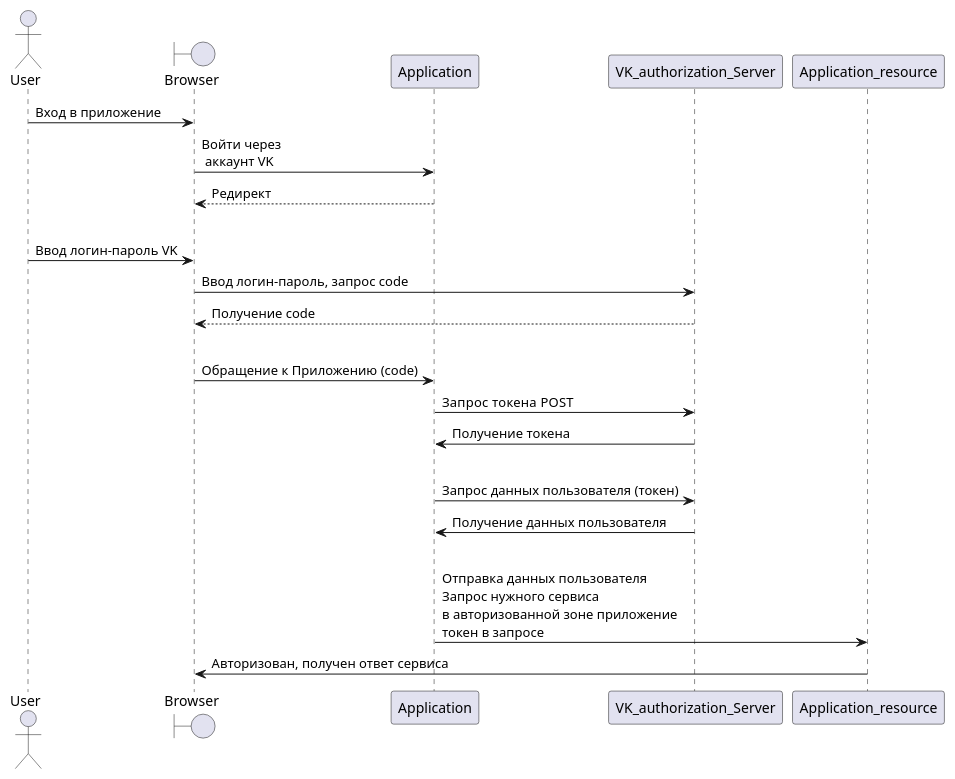
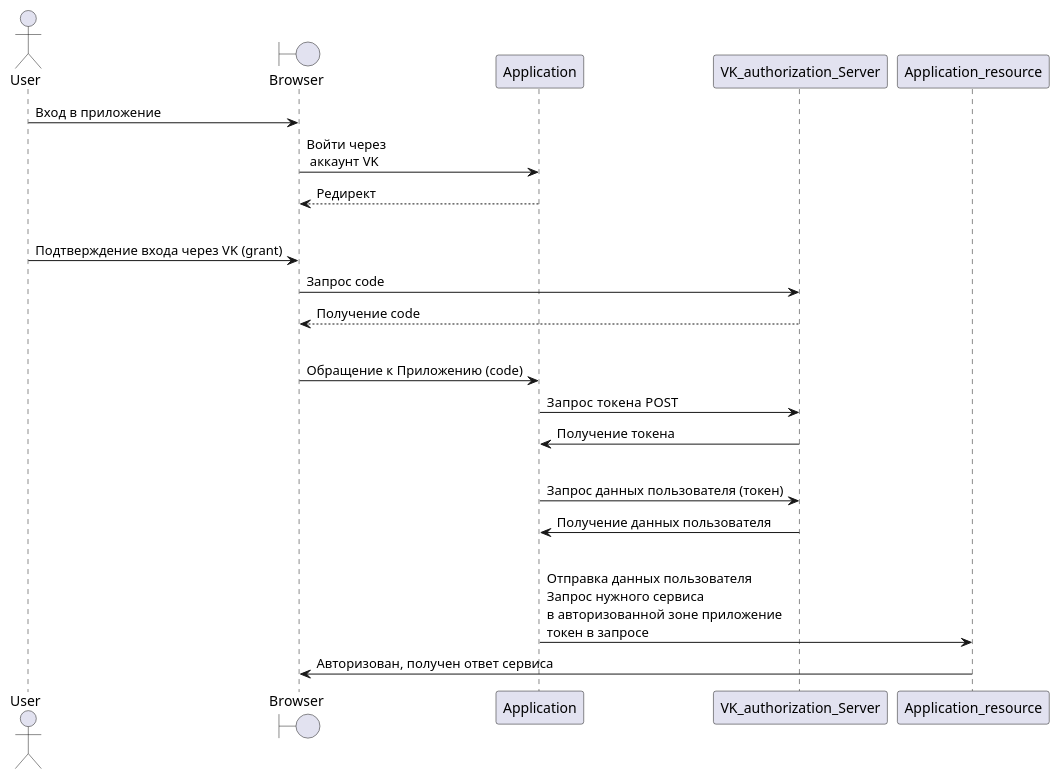
The diagram in Sequence_authBySocialNetAcc.plantuml (ivankukarin/UML), drawn with PlantUML before and after one commit. The commit also changed 1 other file, not shown here.

Commit message:
Change Sequence_authBySocialNetAcc

```diff
--- a/Sequence_authBySocialNetAcc.plantuml
+++ b/Sequence_authBySocialNetAcc.plantuml
@@ -1,34 +1,34 @@
 @startuml    
 actor User as S1
 boundary Browser as S2
 participant Application as S3
 participant VK_authorization_Server as S4
 participant Application_resource as S5
 
 S1 -> S2 : Вход в приложение
 S2 -> S3 : Войти через\n аккаунт VK
 S3 --> S2 : Редирект
 |||
 
-S1 -> S2 : Ввод логин-пароль VK
-S2 -> S4 : Ввод логин-пароль, запрос code
+S1 -> S2 : Подтверждение входа через VK (grant)
+S2 -> S4 : Запрос code
 S4 --> S2 : Получение code 
 |||
 S2 -> S3 : Обращение к Приложению (code)
 S3 -> S4 : Запрос токена  POST
 S4 -> S3 : Получение токена
 |||
 S3 -> S4 : Запрос данных пользователя (токен)
 S4 -> S3 : Получение данных пользователя
 |||
 S3 -> S5 : Отправка данных пользователя\nЗапрос нужного сервиса \nв авторизованной зоне приложение\nтокен в запросе
 S5 -> S2 : Авторизован, получен ответ сервиса 
 
 
 ' 4 response type_client_id redirect URI
 ' 5 code redirect URI
 ' 6 code
 
 
 
 @enduml
```
